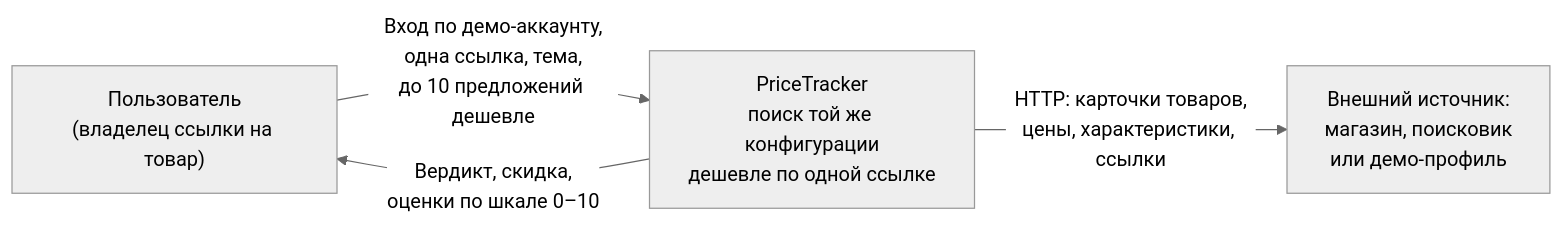
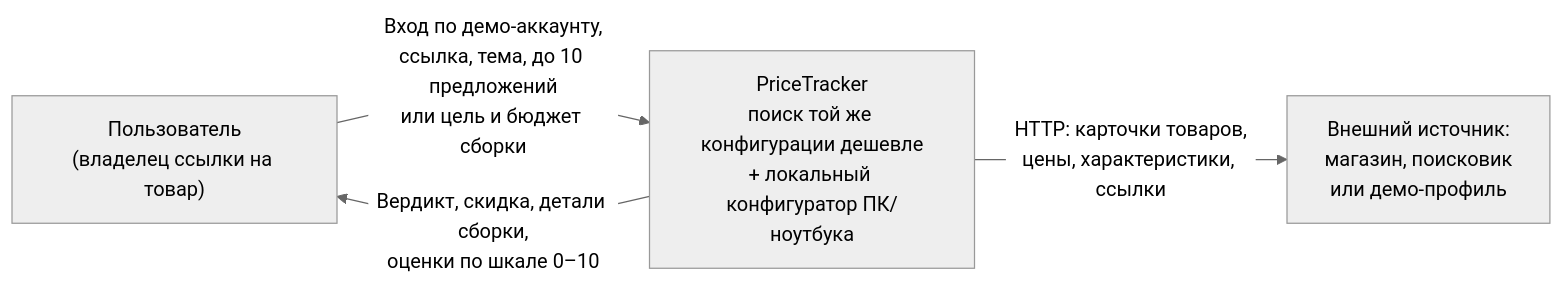
Before and after one commit to brawlat12344-ops/pricetracker: the first of 3 diagrams in docs/c4.md, drawn with Mermaid (neutral theme). The commit also changed other lines of this file and 14 other files, not shown here.

````diff
--- a/docs/c4.md
+++ b/docs/c4.md
@@ -10,10 +10,10 @@
 ```mermaid
 flowchart LR
     U["Пользователь<br/>(владелец ссылки на товар)"]
-    PT["PriceTracker<br/>поиск той же конфигурации<br/>дешевле по одной ссылке"]
+    PT["PriceTracker<br/>поиск той же конфигурации дешевле<br/>+ локальный конфигуратор ПК/ноутбука"]
     EXT["Внешний источник:<br/>магазин, поисковик<br/>или демо-профиль"]
 
-    U -->|"Вход по демо-аккаунту,<br/>одна ссылка, тема,<br/>до 10 предложений дешевле"| PT
+    U -->|"Вход по демо-аккаунту,<br/>ссылка, тема, до 10 предложений<br/>или цель и бюджет сборки"| PT
     PT -->|"HTTP: карточки товаров,<br/>цены, характеристики, ссылки"| EXT
-    PT -->|"Вердикт, скидка,<br/>оценки по шкале 0–10"| U
+    PT -->|"Вердикт, скидка, детали сборки,<br/>оценки по шкале 0–10"| U
 ```
````
